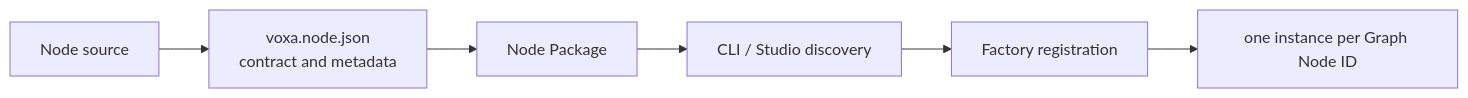
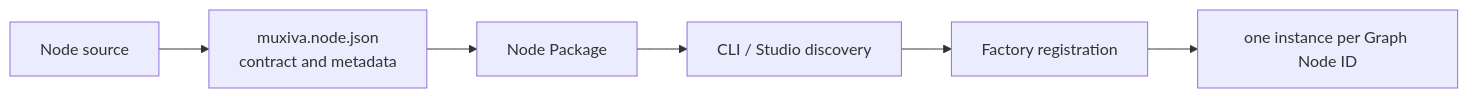
One commit to PiyotaHu/Voxa changed the diagram in docs/site/en/extensibility.md. Above: the diagram before and after it, drawn with Mermaid. The commit also changed other lines of this file and 509 other files, not shown here.

````diff
--- a/docs/site/en/extensibility.md
+++ b/docs/site/en/extensibility.md
@@ -9,8 +9,8 @@
 ```mermaid
 flowchart LR
-    CODE["Node source"] --> MANIFEST["voxa.node.json<br/>contract and metadata"]
+    CODE["Node source"] --> MANIFEST["muxiva.node.json<br/>contract and metadata"]
     MANIFEST --> PACK["Node Package"]
     PACK --> DISCOVER["CLI / Studio discovery"]
     DISCOVER --> REGISTRY["Factory registration"]
     REGISTRY --> INSTANCE["one instance per Graph Node ID"]
 ```
````
